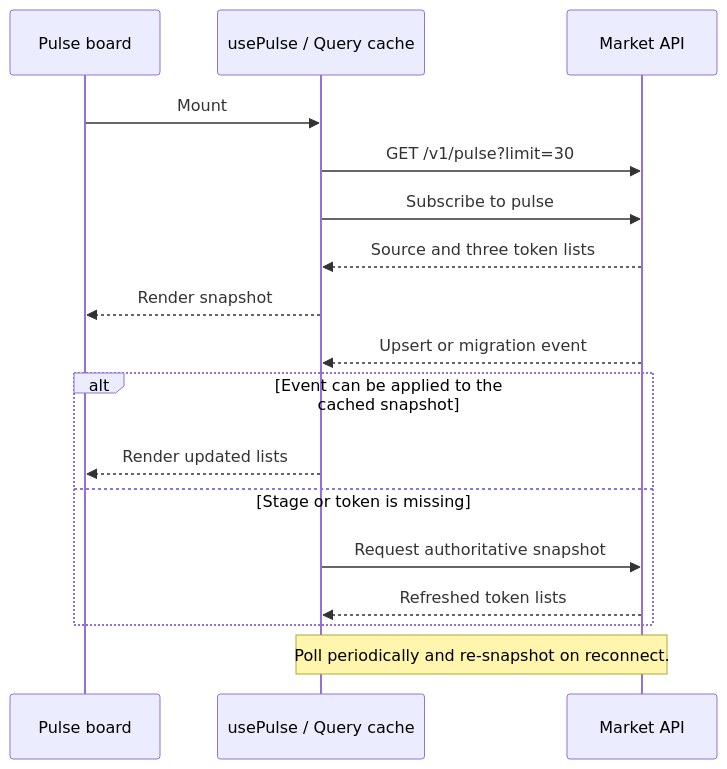
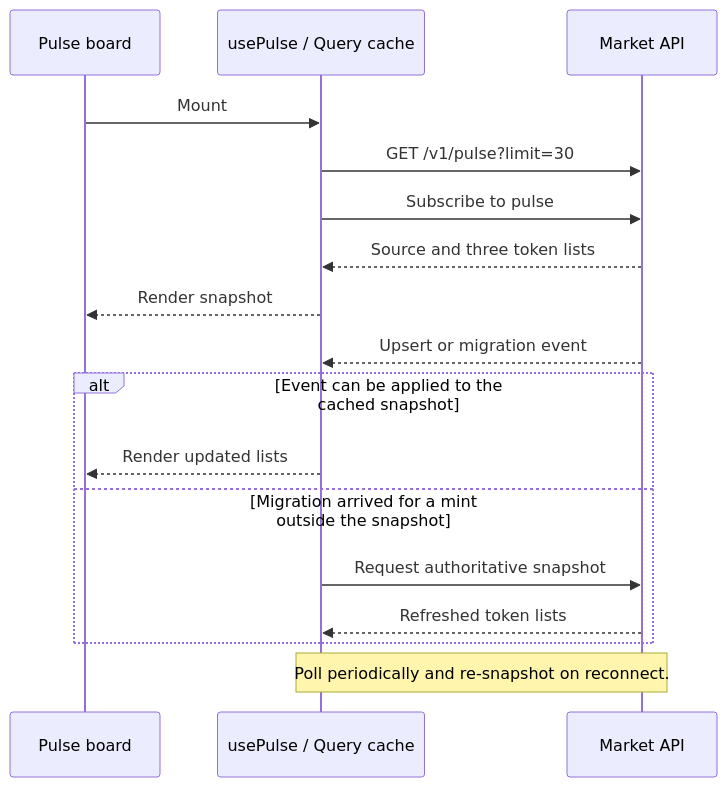
Before and after one commit to jog01/agele-web: the second of 2 diagrams in docs/pulse.md, drawn with Mermaid. The commit also changed 10 other files, not shown here.

````diff
--- a/docs/pulse.md
+++ b/docs/pulse.md
@@ -19,19 +19,19 @@
 ```mermaid
 sequenceDiagram
   participant Board as Pulse board
   participant Cache as usePulse / Query cache
   participant API as Market API
   Board->>Cache: Mount
   Cache->>API: GET /v1/pulse?limit=30
   Cache->>API: Subscribe to pulse
   API-->>Cache: Source and three token lists
   Cache-->>Board: Render snapshot
   API-->>Cache: Upsert or migration event
   alt Event can be applied to the cached snapshot
     Cache-->>Board: Render updated lists
-  else Stage or token is missing
+  else Migration arrived for a mint outside the snapshot
     Cache->>API: Request authoritative snapshot
     API-->>Cache: Refreshed token lists
   end
   Note over Cache,API: Poll periodically and re-snapshot on reconnect.
 ```
````
